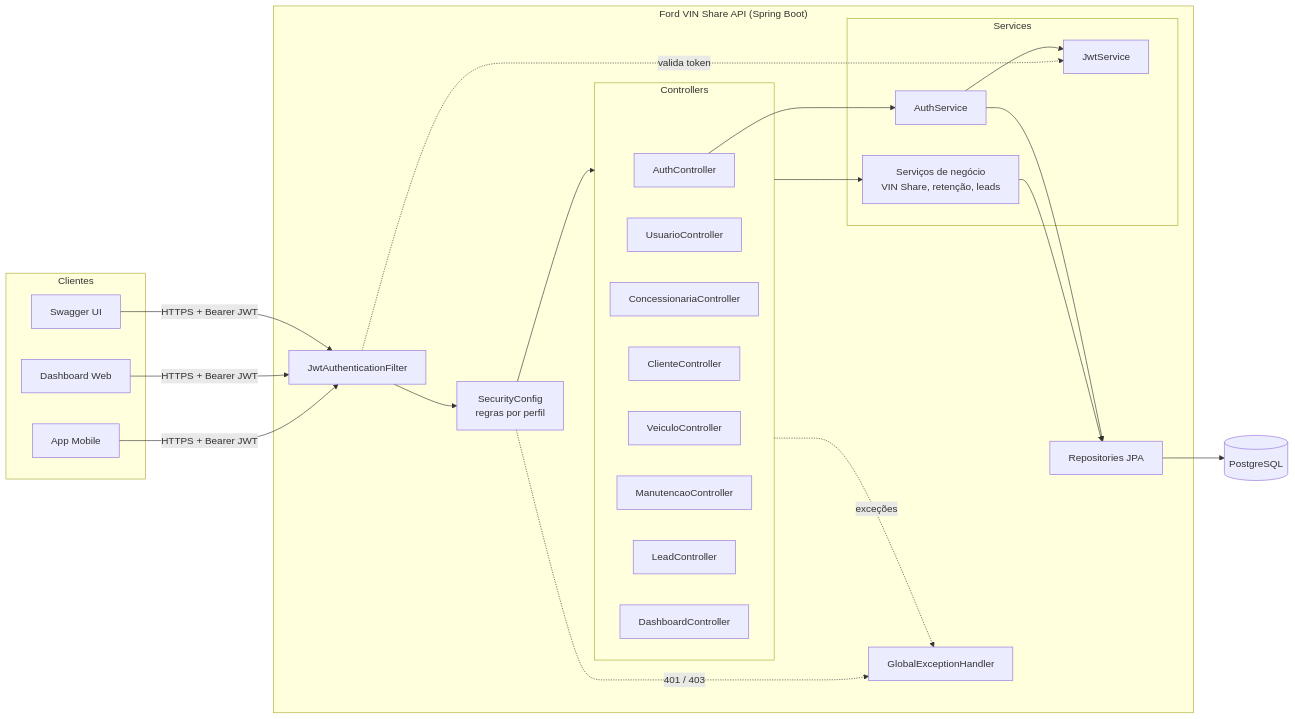
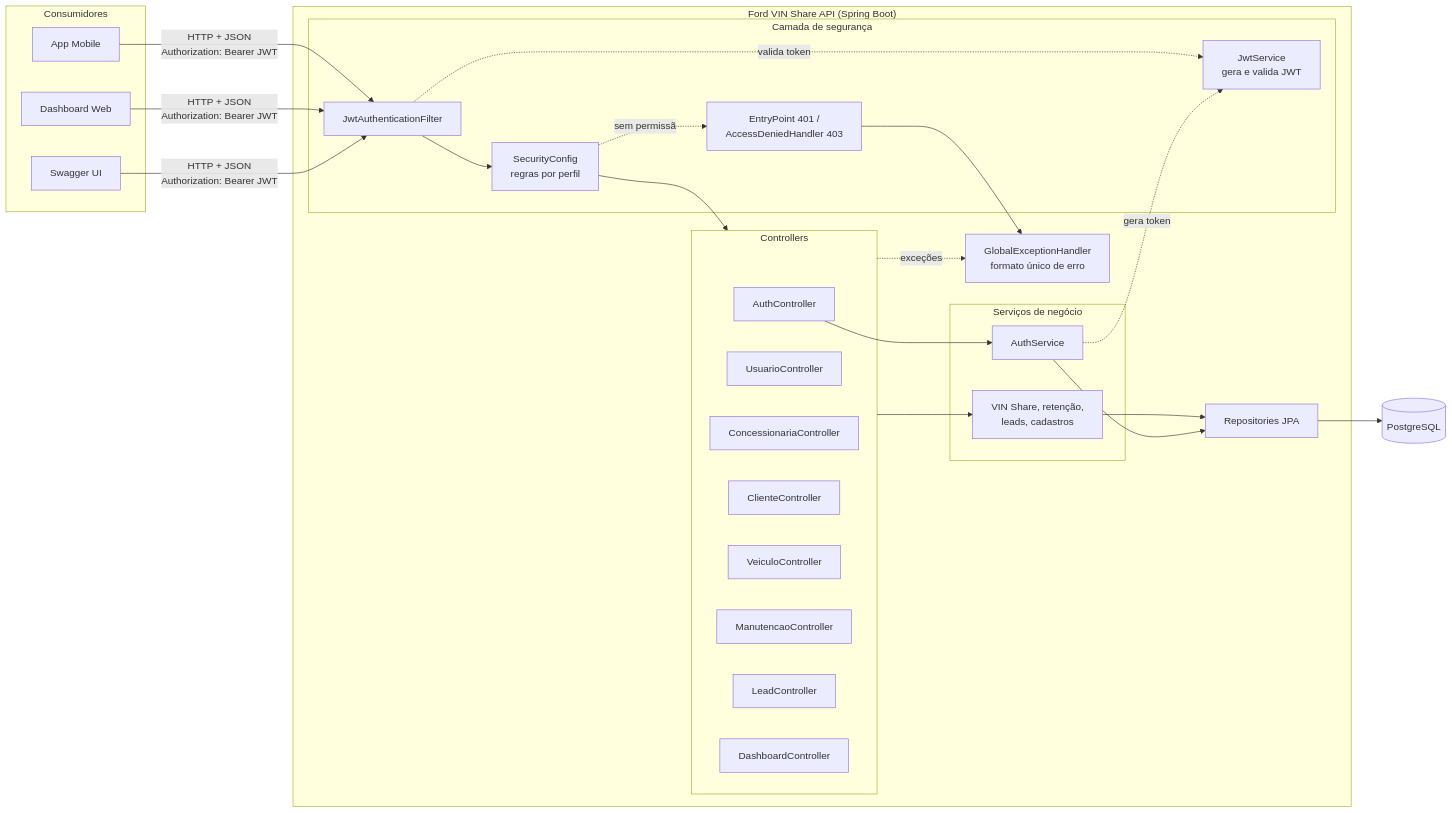
One commit to CezarBacanieski/challenge-java-soa changed the first of 3 diagrams in README.md. Above: the diagram before and after it, drawn with Mermaid. The commit also changed other lines of this file, not shown here.

````diff
--- a/README.md
+++ b/README.md
@@ -48,41 +151,46 @@
 ```mermaid
 flowchart LR
-    subgraph Clientes
+    subgraph Consumidores
         APP[App Mobile]
         DASH[Dashboard Web]
         SW[Swagger UI]
     end
 
     subgraph API["Ford VIN Share API (Spring Boot)"]
-        F[JwtAuthenticationFilter]
-        SC[SecurityConfig<br/>regras por perfil]
+        subgraph Seguranca["Camada de segurança"]
+            F[JwtAuthenticationFilter]
+            SC[SecurityConfig<br/>regras por perfil]
+            JS[JwtService<br/>gera e valida JWT]
+            H[EntryPoint 401 /<br/>AccessDeniedHandler 403]
+        end
         subgraph Controllers
             AC[AuthController]
             UC[UsuarioController]
             CC[ConcessionariaController]
             CLC[ClienteController]
             VC[VeiculoController]
             MC[ManutencaoController]
             LC[LeadController]
             DC[DashboardController]
         end
-        subgraph Services
+        subgraph Services["Serviços de negócio"]
             AS[AuthService]
-            JS[JwtService]
-            NS[Serviços de negócio<br/>VIN Share, retenção, leads]
+            NS[VIN Share, retenção,<br/>leads, cadastros]
         end
         R[Repositories JPA]
-        EH[GlobalExceptionHandler]
+        EH[GlobalExceptionHandler<br/>formato único de erro]
     end
 
     DB[(PostgreSQL)]
 
-    APP & DASH & SW -->|HTTPS + Bearer JWT| F
+    APP & DASH & SW -->|HTTP + JSON<br/>Authorization: Bearer JWT| F
+    F -.valida token.-> JS
     F --> SC --> Controllers
-    F -.valida token.-> JS
-    AC --> AS --> JS
+    SC -.sem permissão.-> H
+    H --> EH
+    AC --> AS
+    AS -.gera token.-> JS
     Controllers --> NS --> R --> DB
     AS --> R
     Controllers -.exceções.-> EH
-    SC -.401 / 403.-> EH
 ```
````
